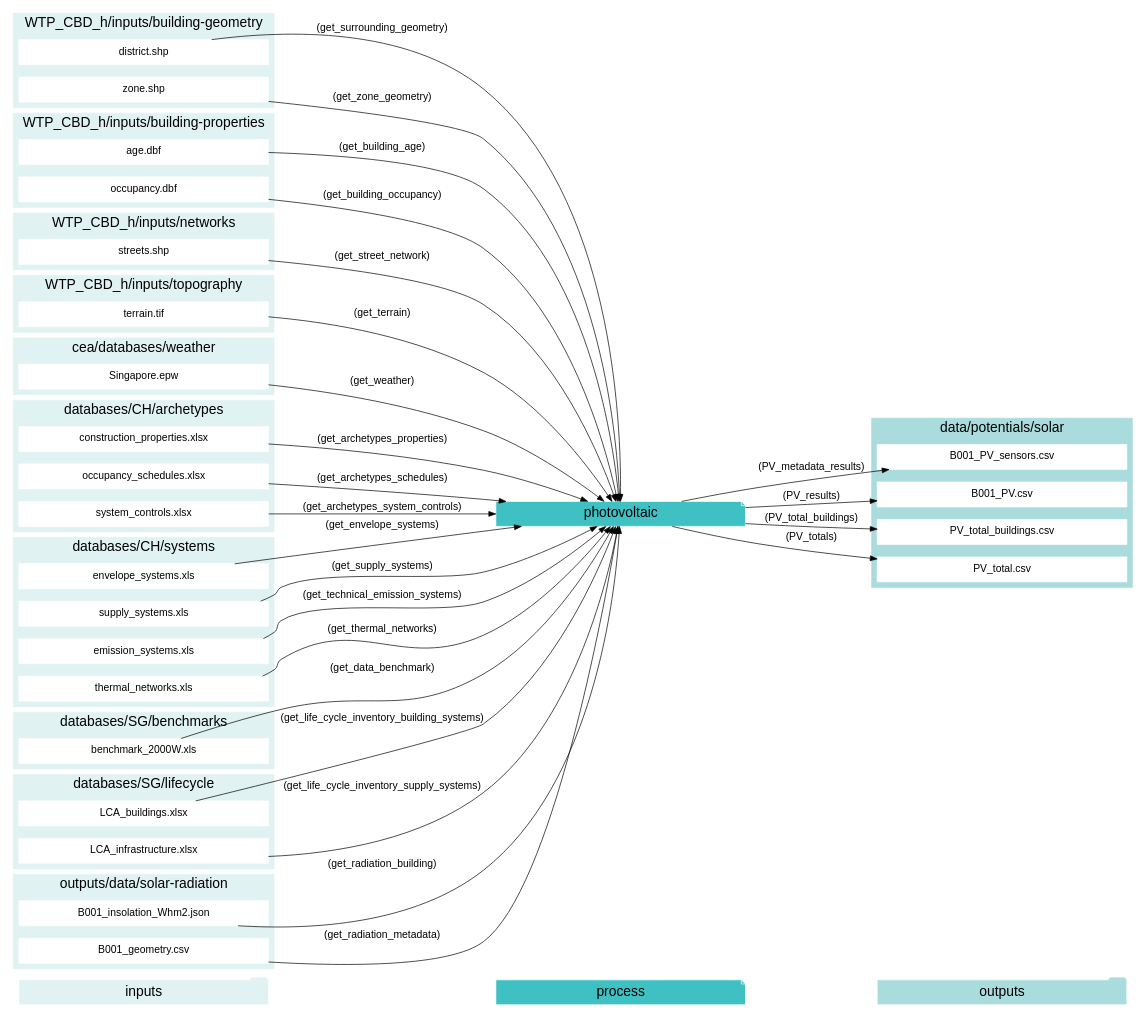
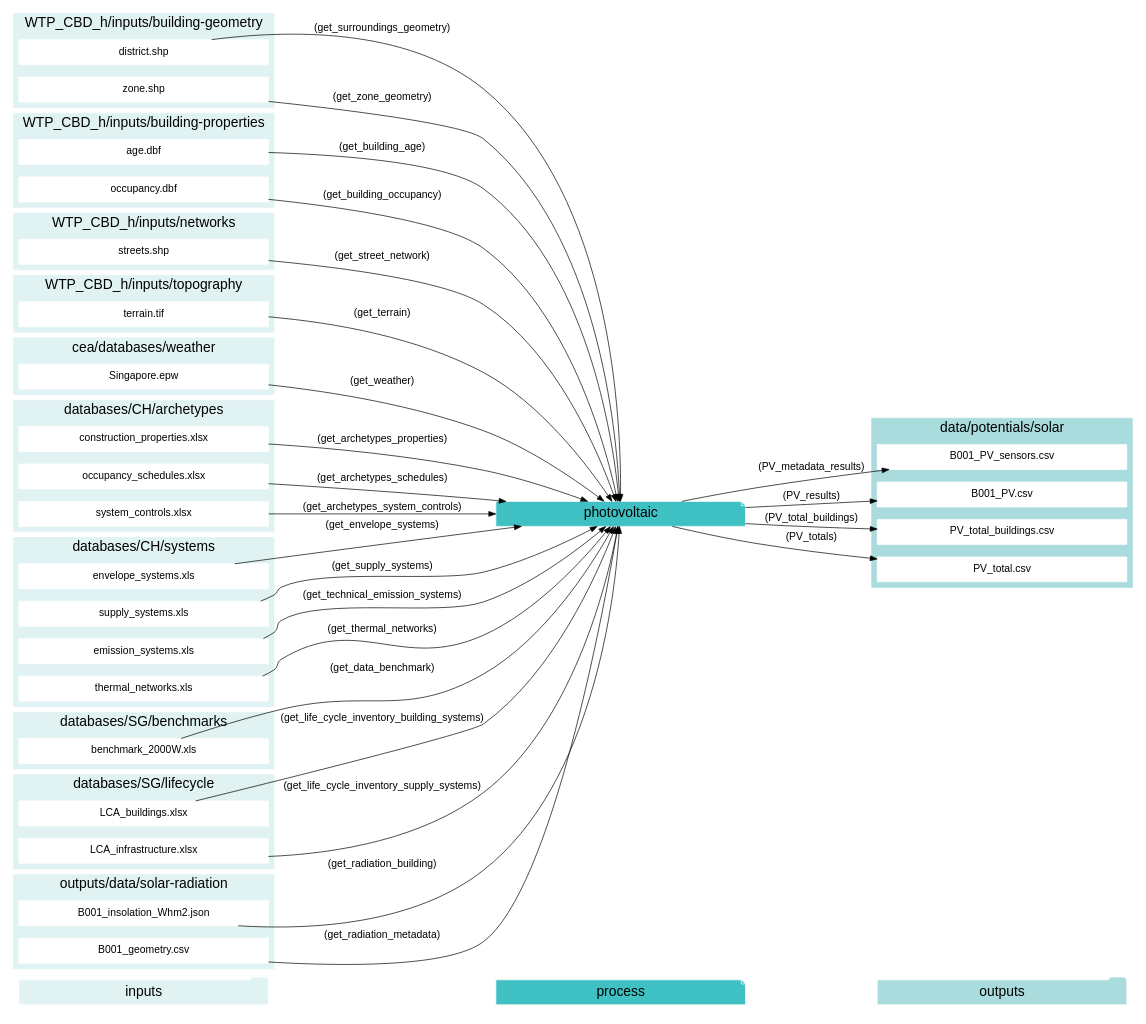
The diagram in docs/graphviz/photovoltaic.gv (architecture-building-systems/CityEnergyAnalyst), drawn with Graphviz before and after one commit. The commit also changed 18 other files, not shown here.

Commit message:
rename get_surrounding_geometry to get_surroungs_geometry

```diff
--- a/docs/graphviz/photovoltaic.gv
+++ b/docs/graphviz/photovoltaic.gv
@@ -1,140 +1,140 @@
 digraph trace_inputlocator {
     rankdir="LR";
     graph [overlap=false, fontname=arial];
     node [shape=box, style=filled, color=white, fontsize=15, fontname=arial, fixedsize=true, width=5];
     edge [fontname=arial, fontsize = 15]
     newrank=true
     subgraph cluster_legend {
     fontsize=25
     style=invis
     "process"[style=filled, fillcolor="#3FC0C2", shape=note, fontsize=20, fontname="arial"]
     "inputs" [style=filled, shape=folder, color=white, fillcolor="#E1F2F2", fontsize=20]
     "outputs"[style=filled, shape=folder, color=white, fillcolor="#aadcdd", fontsize=20]
     "inputs"->"process"[style=invis]
     "process"->"outputs"[style=invis]
     }
     "photovoltaic"[style=filled, color=white, fillcolor="#3FC0C2", shape=note, fontsize=20, fontname=arial];
     subgraph cluster_0_in {
         style = filled;
         color = "#E1F2F2";
         fontsize = 20;
         rank=same;
         label="WTP_CBD_h/inputs/building-geometry";
         "district.shp"
         "zone.shp"
     }
     subgraph cluster_1_in {
         style = filled;
         color = "#E1F2F2";
         fontsize = 20;
         rank=same;
         label="WTP_CBD_h/inputs/building-properties";
         "age.dbf"
         "occupancy.dbf"
     }
     subgraph cluster_2_in {
         style = filled;
         color = "#E1F2F2";
         fontsize = 20;
         rank=same;
         label="WTP_CBD_h/inputs/networks";
         "streets.shp"
     }
     subgraph cluster_3_in {
         style = filled;
         color = "#E1F2F2";
         fontsize = 20;
         rank=same;
         label="WTP_CBD_h/inputs/topography";
         "terrain.tif"
     }
     subgraph cluster_4_in {
         style = filled;
         color = "#E1F2F2";
         fontsize = 20;
         rank=same;
         label="cea/databases/weather";
         "Singapore.epw"
     }
     subgraph cluster_5_out {
         style = filled;
         color = "#aadcdd";
         fontsize = 20;
         rank=same;
         label="data/potentials/solar";
         "B001_PV_sensors.csv"
         "B001_PV.csv"
         "PV_total_buildings.csv"
         "PV_total.csv"
     }
     subgraph cluster_6_in {
         style = filled;
         color = "#E1F2F2";
         fontsize = 20;
         rank=same;
         label="databases/CH/archetypes";
         "construction_properties.xlsx"
         "occupancy_schedules.xlsx"
         "system_controls.xlsx"
     }
     subgraph cluster_7_in {
         style = filled;
         color = "#E1F2F2";
         fontsize = 20;
         rank=same;
         label="databases/CH/systems";
         "envelope_systems.xls"
         "supply_systems.xls"
         "emission_systems.xls"
         "thermal_networks.xls"
     }
     subgraph cluster_8_in {
         style = filled;
         color = "#E1F2F2";
         fontsize = 20;
         rank=same;
         label="databases/SG/benchmarks";
         "benchmark_2000W.xls"
     }
     subgraph cluster_9_in {
         style = filled;
         color = "#E1F2F2";
         fontsize = 20;
         rank=same;
         label="databases/SG/lifecycle";
         "LCA_buildings.xlsx"
         "LCA_infrastructure.xlsx"
     }
     subgraph cluster_10_in {
         style = filled;
         color = "#E1F2F2";
         fontsize = 20;
         rank=same;
         label="outputs/data/solar-radiation";
         "B001_insolation_Whm2.json"
         "B001_geometry.csv"
     }
     "construction_properties.xlsx" -> "photovoltaic"[label="(get_archetypes_properties)"]
     "occupancy_schedules.xlsx" -> "photovoltaic"[label="(get_archetypes_schedules)"]
     "system_controls.xlsx" -> "photovoltaic"[label="(get_archetypes_system_controls)"]
     "age.dbf" -> "photovoltaic"[label="(get_building_age)"]
     "occupancy.dbf" -> "photovoltaic"[label="(get_building_occupancy)"]
     "benchmark_2000W.xls" -> "photovoltaic"[label="(get_data_benchmark)"]
-    "district.shp" -> "photovoltaic"[label="(get_surrounding_geometry)"]
+    "district.shp" -> "photovoltaic"[label="(get_surroundings_geometry)"]
     "envelope_systems.xls" -> "photovoltaic"[label="(get_envelope_systems)"]
     "LCA_buildings.xlsx" -> "photovoltaic"[label="(get_life_cycle_inventory_building_systems)"]
     "LCA_infrastructure.xlsx" -> "photovoltaic"[label="(get_life_cycle_inventory_supply_systems)"]
     "B001_insolation_Whm2.json" -> "photovoltaic"[label="(get_radiation_building)"]
     "B001_geometry.csv" -> "photovoltaic"[label="(get_radiation_metadata)"]
     "streets.shp" -> "photovoltaic"[label="(get_street_network)"]
     "supply_systems.xls" -> "photovoltaic"[label="(get_supply_systems)"]
     "emission_systems.xls" -> "photovoltaic"[label="(get_technical_emission_systems)"]
     "terrain.tif" -> "photovoltaic"[label="(get_terrain)"]
     "thermal_networks.xls" -> "photovoltaic"[label="(get_thermal_networks)"]
     "Singapore.epw" -> "photovoltaic"[label="(get_weather)"]
     "zone.shp" -> "photovoltaic"[label="(get_zone_geometry)"]
     "photovoltaic" -> "B001_PV_sensors.csv"[label="(PV_metadata_results)"]
     "photovoltaic" -> "B001_PV.csv"[label="(PV_results)"]
     "photovoltaic" -> "PV_total_buildings.csv"[label="(PV_total_buildings)"]
     "photovoltaic" -> "PV_total.csv"[label="(PV_totals)"]
     }
```
